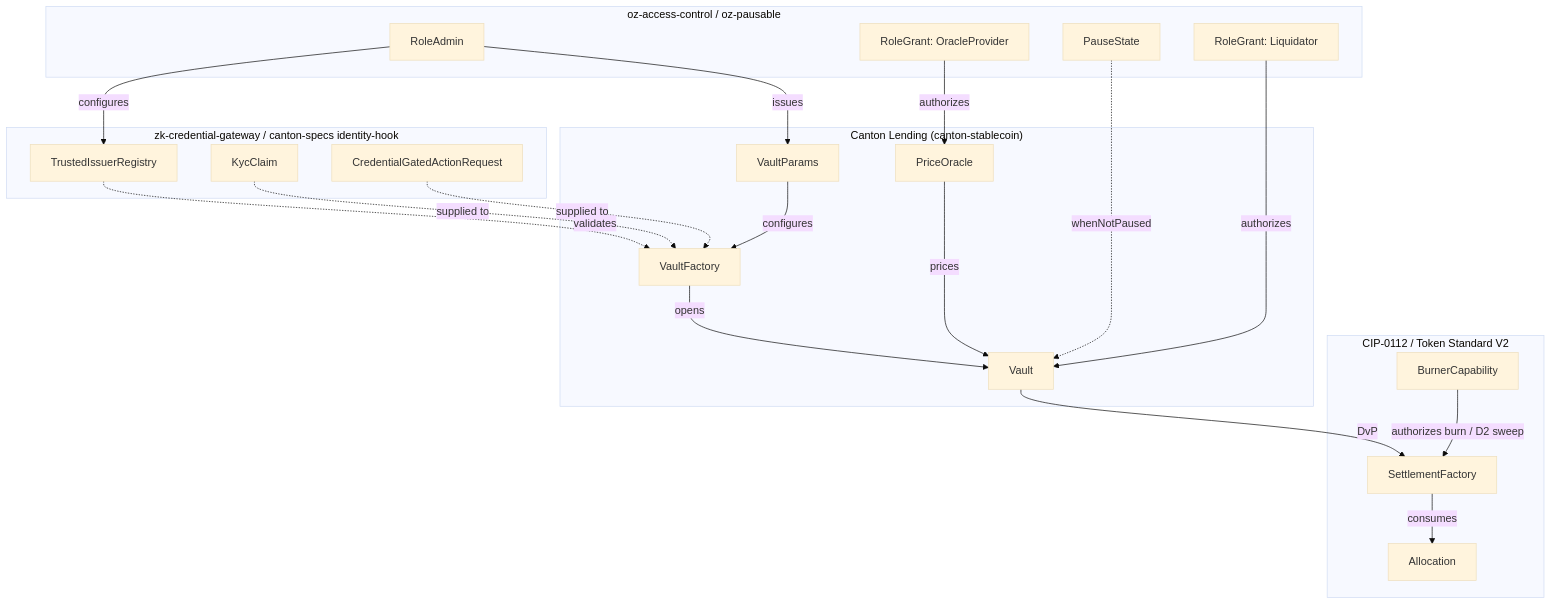
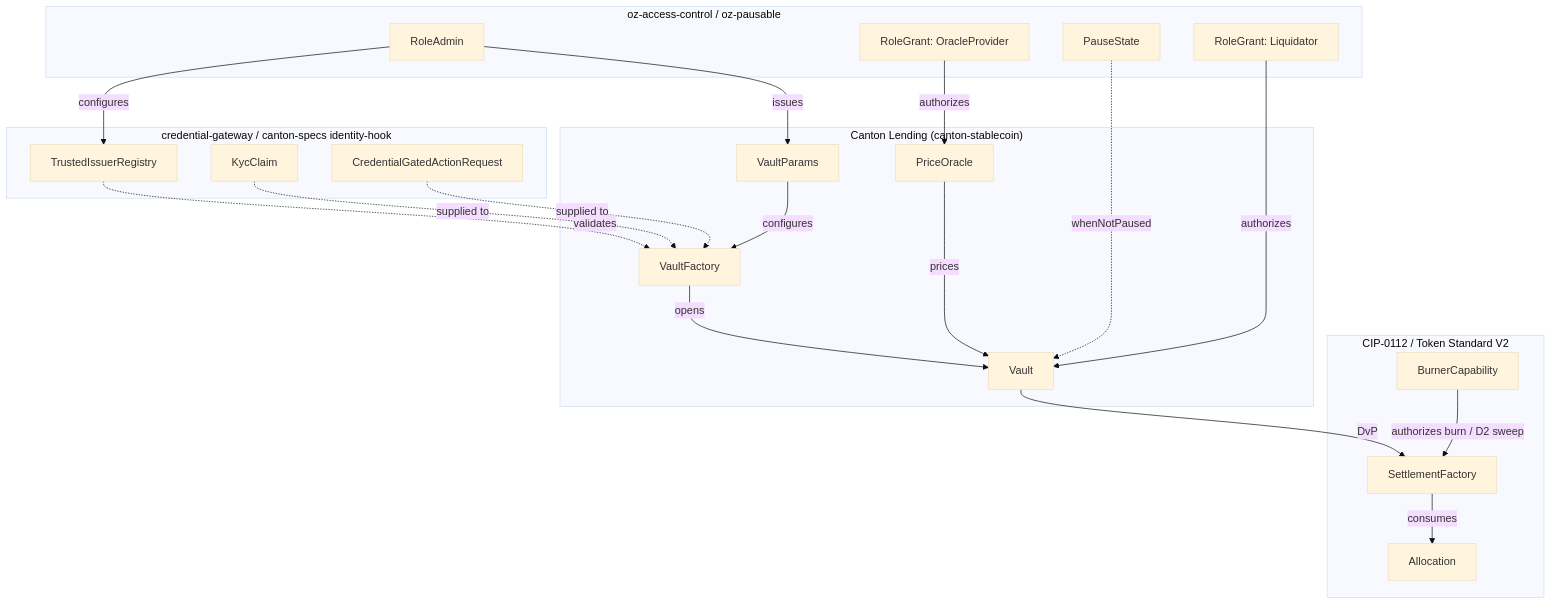
The first of 2 diagrams in docs/ri-reports/02-lending.md (OpenZeppelin/canton-specs), drawn with Mermaid (base theme) before and after one commit. The commit also changed other lines of this file and 8 other files, not shown here.

````diff
--- a/docs/ri-reports/02-lending.md
+++ b/docs/ri-reports/02-lending.md
@@ -437,40 +436,40 @@
 ```mermaid
 graph TD
     subgraph AccessControl["oz-access-control / oz-pausable"]
         RA[RoleAdmin]
         RG_Liq["RoleGrant: Liquidator"]
         RG_Oracle["RoleGrant: OracleProvider"]
         PS[PauseState]
     end
-    subgraph Compliance["zk-credential-gateway / canton-specs identity-hook"]
+    subgraph Compliance["credential-gateway / canton-specs identity-hook"]
         TIR[TrustedIssuerRegistry]
         KC[KycClaim]
         CGAR[CredentialGatedActionRequest]
     end
     subgraph Core["Canton Lending (canton-stablecoin)"]
         VF[VaultFactory]
         VP[VaultParams]
         PO[PriceOracle]
         V[Vault]
     end
     subgraph Spine["CIP-0112 / Token Standard V2"]
         SF[SettlementFactory]
         AL[Allocation]
         BC[BurnerCapability]
     end
 
     RA -->|issues| VP
     RA -->|configures| TIR
     TIR -.->|validates| VF
     KC -.->|supplied to| VF
     CGAR -.->|supplied to| VF
     VP -->|configures| VF
     VF -->|opens| V
     PO -->|prices| V
     V -->|DvP| SF
     SF -->|consumes| AL
     BC -->|authorizes burn / D2 sweep| SF
     PS -.->|whenNotPaused| V
     RG_Liq -->|authorizes| V
     RG_Oracle -->|authorizes| PO
 ```
````
